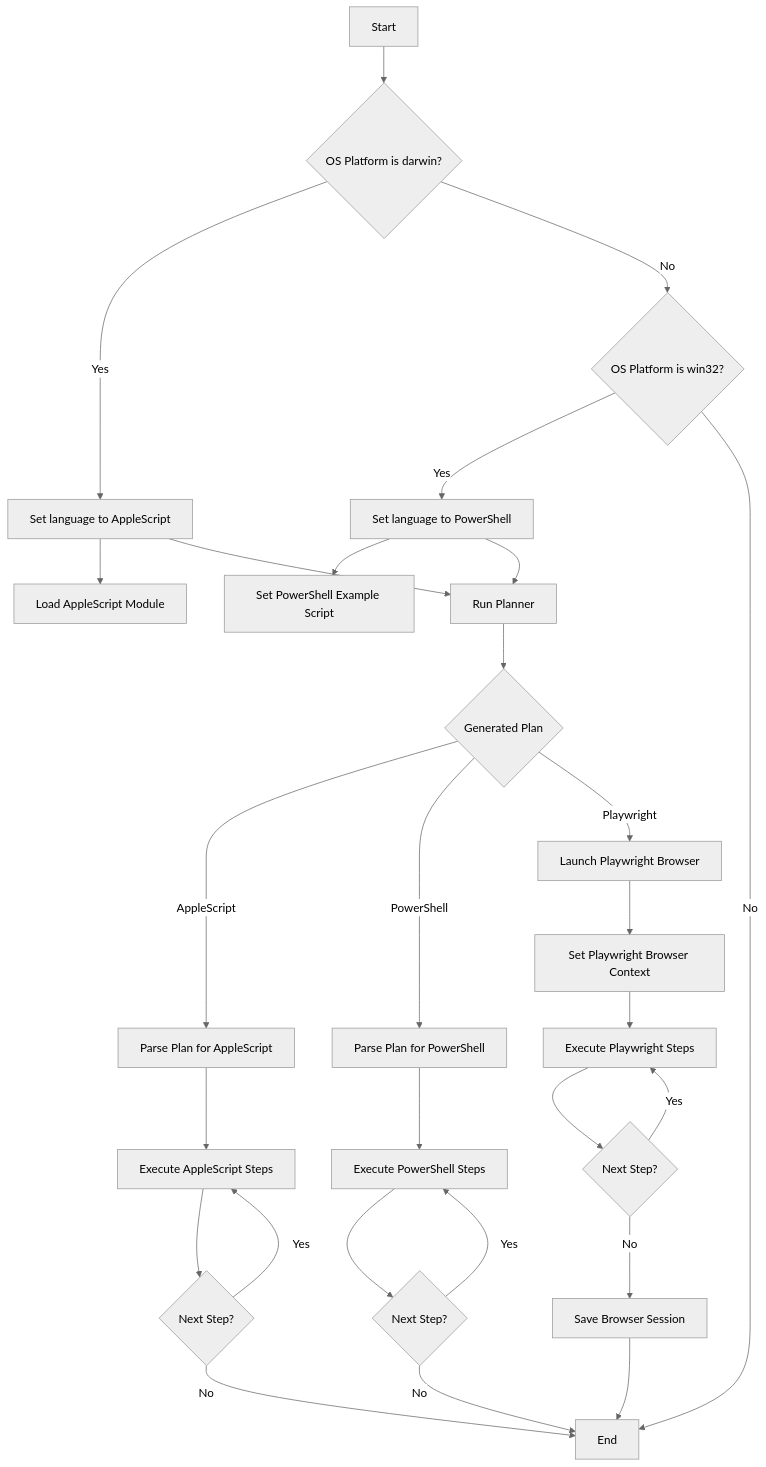
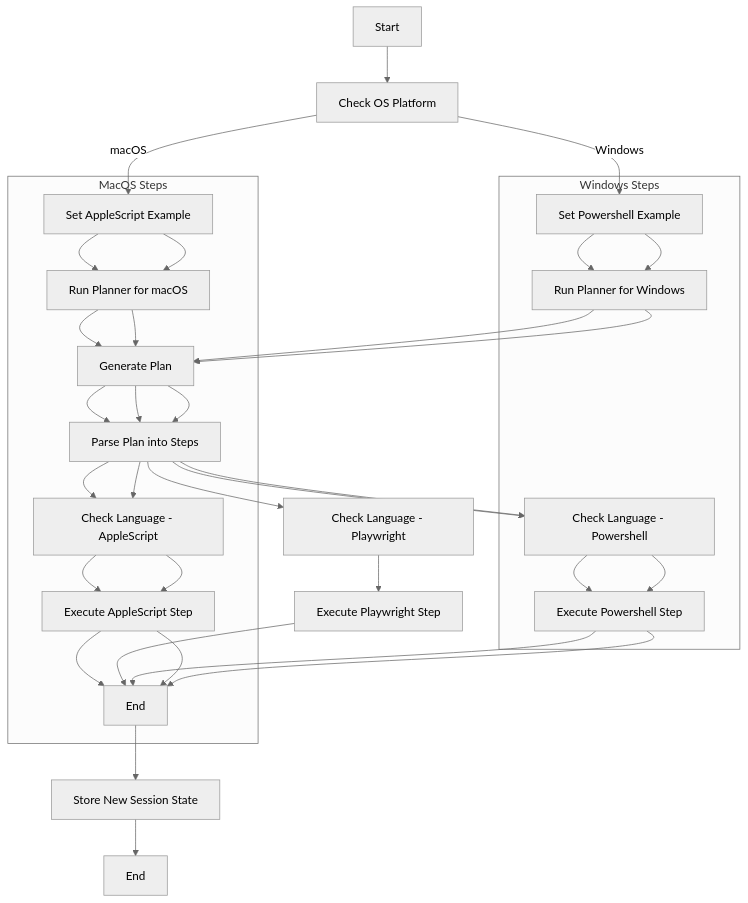
Before and after one commit to ChainedTears/Agent-SURF: the diagram in README.md, drawn with Mermaid (neutral theme).

````diff
--- a/README.md
+++ b/README.md
@@ -42,39 +42,40 @@
 ```mermaid
 graph TD
-    A[Start] --> B{OS Platform is darwin?};
-    B -- Yes --> C[Set language to AppleScript];
-    C --> D[Load AppleScript Module];
-    B -- No --> E{OS Platform is win32?};
-    E -- Yes --> F[Set language to PowerShell];
-    F --> G[Set PowerShell Example Script];
-    E -- No --> Z[End];
+    A[Start] --> B[Check OS Platform]
+    B -->|macOS| C[Set AppleScript Example]
+    B -->|Windows| D[Set Powershell Example]
+    C --> E[Run Planner for macOS]
+    D --> F[Run Planner for Windows]
+    E --> G[Generate Plan]
+    F --> G
+    G --> H[Parse Plan into Steps]
+    H --> I[Check Language - AppleScript]
+    I --> J[Execute AppleScript Step]
+    H --> K[Check Language - Playwright]
+    K --> L[Execute Playwright Step]
+    H --> M[Check Language - Powershell]
+    M --> N[Execute Powershell Step]
+    J --> O[End]
+    L --> O
+    N --> O
+    O --> P[Store New Session State]
+    P --> Q[End]
 
-    C --> H[Run Planner];
-    F --> H;
+    subgraph MacOS Steps
+        C --> E
+        E --> G
+        G --> H
+        H --> I
+        I --> J
+        J --> O
+    end
 
-    H --> I{Generated Plan};
-    I -- AppleScript --> J[Parse Plan for AppleScript];
-    I -- PowerShell --> K[Parse Plan for PowerShell];
-    I -- Playwright --> L[Launch Playwright Browser];
-
-    J --> M[Execute AppleScript Steps];
-    K --> N[Execute PowerShell Steps];
-    L --> O[Set Playwright Browser Context];
-
-    M --> P{Next Step?};
-    P -- Yes --> M;
-    P -- No --> Z;
-
-    N --> Q{Next Step?};
-    Q -- Yes --> N;
-    Q -- No --> Z;
-
-    O --> R[Execute Playwright Steps];
-    R --> S{Next Step?};
-    S -- Yes --> R;
-    S -- No --> T[Save Browser Session];
-
-    T --> Z;
-    Z[End];
-;
+    subgraph Windows Steps
+        D --> F
+        F --> G
+        G --> H
+        H --> M
+        M --> N
+        N --> O
+    end
 ```
````
